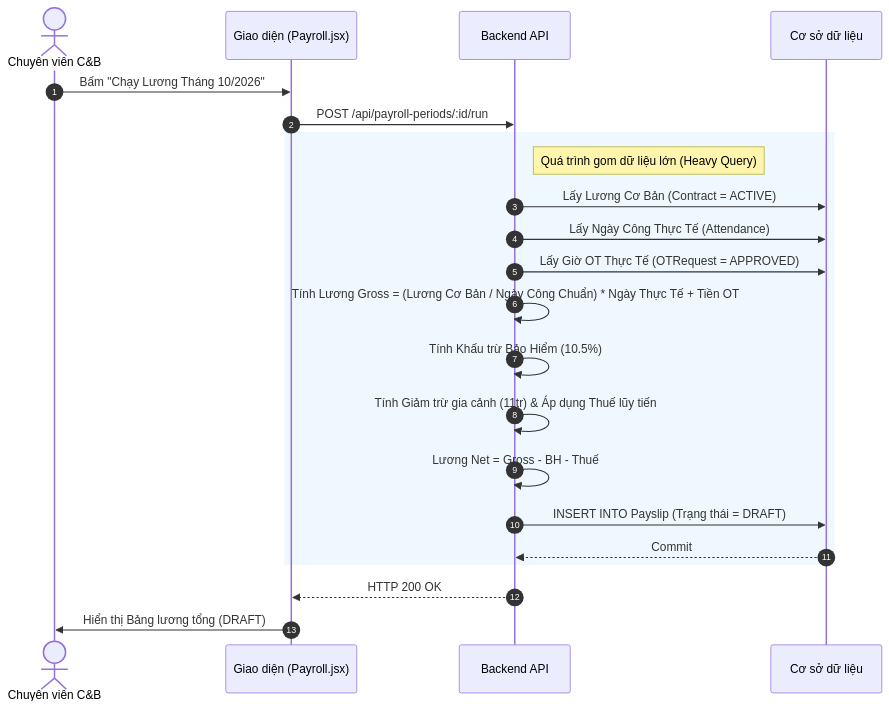
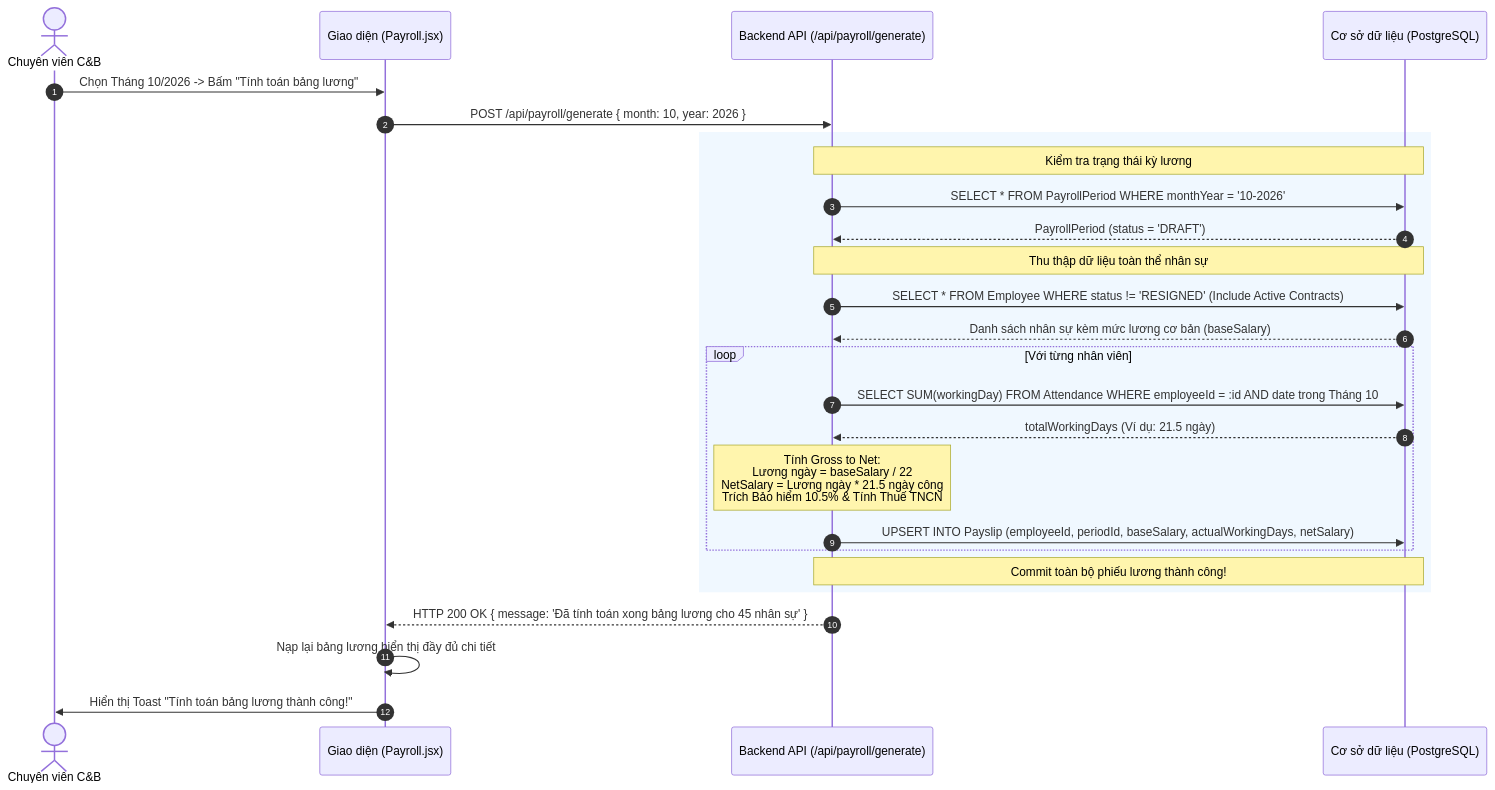
One commit to aye2710/HRM-DATN changed the sixth of 7 diagrams in docs/Tài liệu phân tích nghiệp vụ từng module/Module Tiền lương/Chuc-nang-Tinh-Luong.md. Above: the diagram before and after it, drawn with Mermaid. The commit also changed other lines of this file and 27 other files, not shown here.

````diff
--- a/docs/Tài liệu phân tích nghiệp vụ từng module/Module Tiền lương/Chuc-nang-Tinh-Luong.md
+++ b/docs/Tài liệu phân tích nghiệp vụ từng module/Module Tiền lương/Chuc-nang-Tinh-Luong.md
@@ -14,29 +230,35 @@
 ```mermaid
 sequenceDiagram
     autonumber
     actor CB as Chuyên viên C&B
     participant FE as Giao diện (Payroll.jsx)
-    participant BE as Backend API
-    participant DB as Cơ sở dữ liệu
+    participant BE as Backend API (/api/payroll/generate)
+    participant DB as Cơ sở dữ liệu (PostgreSQL)
 
-    CB->>FE: Bấm "Chạy Lương Tháng 10/2026"
-    FE->>BE: POST /api/payroll-periods/:id/run
+    CB->>FE: Chọn Tháng 10/2026 -> Bấm "Tính toán bảng lương"
+    FE->>BE: POST /api/payroll/generate { month: 10, year: 2026 }
     
     rect rgb(240, 248, 255)
-        note right of BE: Quá trình gom dữ liệu lớn (Heavy Query)
-        BE->>DB: Lấy Lương Cơ Bản (Contract = ACTIVE)
-        BE->>DB: Lấy Ngày Công Thực Tế (Attendance)
-        BE->>DB: Lấy Giờ OT Thực Tế (OTRequest = APPROVED)
+        Note over BE, DB: Kiểm tra trạng thái kỳ lương
+        BE->>DB: SELECT * FROM PayrollPeriod WHERE monthYear = '10-2026'
+        DB-->>BE: PayrollPeriod (status = 'DRAFT')
         
-        BE->>BE: Tính Lương Gross = (Lương Cơ Bản / Ngày Công Chuẩn) * Ngày Thực Tế + Tiền OT
-        BE->>BE: Tính Khấu trừ Bảo Hiểm (10.5%)
-        BE->>BE: Tính Giảm trừ gia cảnh (11tr) & Áp dụng Thuế lũy tiến
-        BE->>BE: Lương Net = Gross - BH - Thuế
+        Note over BE, DB: Thu thập dữ liệu toàn thể nhân sự
+        BE->>DB: SELECT * FROM Employee WHERE status != 'RESIGNED' (Include Active Contracts)
+        DB-->>BE: Danh sách nhân sự kèm mức lương cơ bản (baseSalary)
         
-        BE->>DB: INSERT INTO Payslip (Trạng thái = DRAFT)
-        DB-->>BE: Commit
+        loop Với từng nhân viên
+            BE->>DB: SELECT SUM(workingDay) FROM Attendance WHERE employeeId = :id AND date trong Tháng 10
+            DB-->>BE: totalWorkingDays (Ví dụ: 21.5 ngày)
+            
+            Note over BE: Tính Gross to Net:<br/>Lương ngày = baseSalary / 22<br/>NetSalary = Lương ngày * 21.5 ngày công<br/>Trích Bảo hiểm 10.5% & Tính Thuế TNCN
+            
+            BE->>DB: UPSERT INTO Payslip (employeeId, periodId, baseSalary, actualWorkingDays, netSalary)
+        end
+        Note over BE, DB: Commit toàn bộ phiếu lương thành công!
     end
     
-    BE-->>FE: HTTP 200 OK
-    FE->>CB: Hiển thị Bảng lương tổng (DRAFT)
+    BE-->>FE: HTTP 200 OK { message: 'Đã tính toán xong bảng lương cho 45 nhân sự' }
+    FE->>FE: Nạp lại bảng lương hiển thị đầy đủ chi tiết
+    FE->>CB: Hiển thị Toast "Tính toán bảng lương thành công!"
 ```
````
